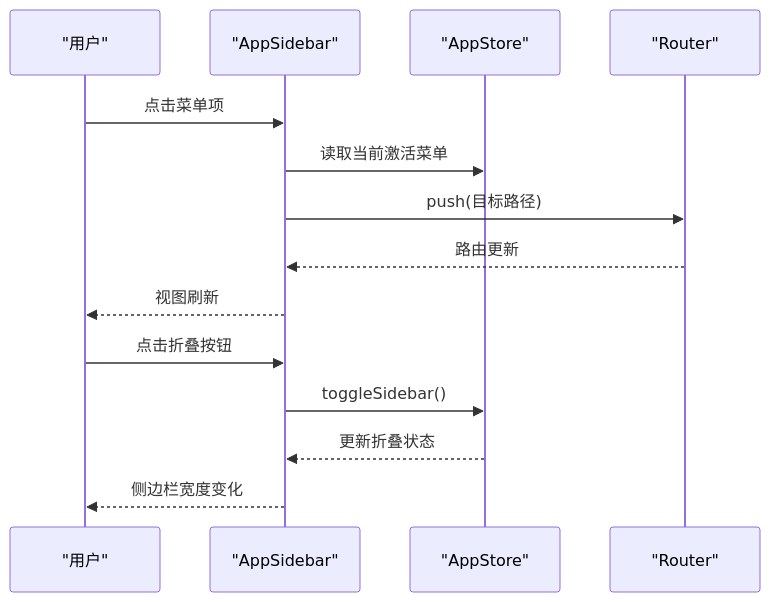
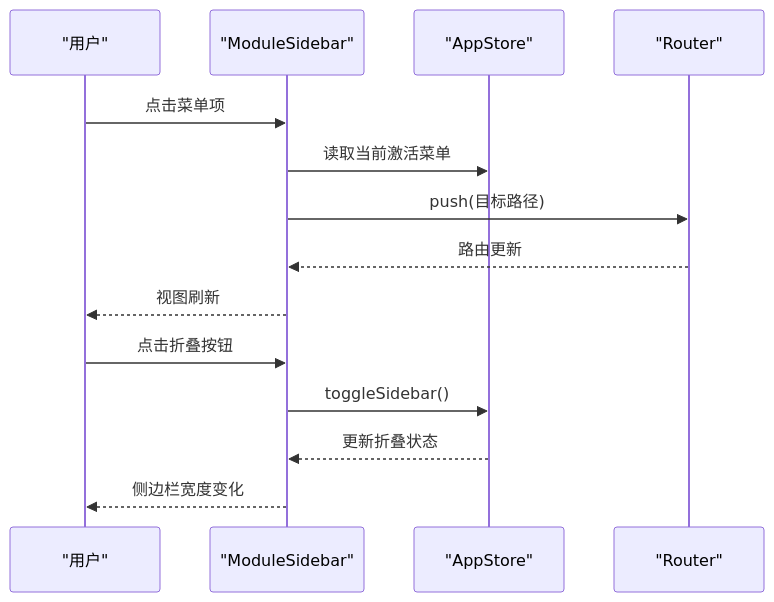
The fourth of 7 diagrams in .AI/Wiki/Web 管理后台/UI 组件库.md (War-Blood/WX_APP_OA), drawn with Mermaid before and after one commit. The commit also changed other lines of this file and 107 other files, not shown here.

````diff
--- a/.AI/Wiki/Web 管理后台/UI 组件库.md
+++ b/.AI/Wiki/Web 管理后台/UI 组件库.md
@@ -216,16 +216,16 @@
 ```mermaid
 sequenceDiagram
 participant U as "用户"
-participant S as "AppSidebar"
+participant S as "ModuleSidebar"
 participant AS as "AppStore"
 participant R as "Router"
 U->>S : 点击菜单项
 S->>AS : 读取当前激活菜单
 S->>R : push(目标路径)
 R-->>S : 路由更新
 S-->>U : 视图刷新
 U->>S : 点击折叠按钮
 S->>AS : toggleSidebar()
 AS-->>S : 更新折叠状态
 S-->>U : 侧边栏宽度变化
 ```
````
